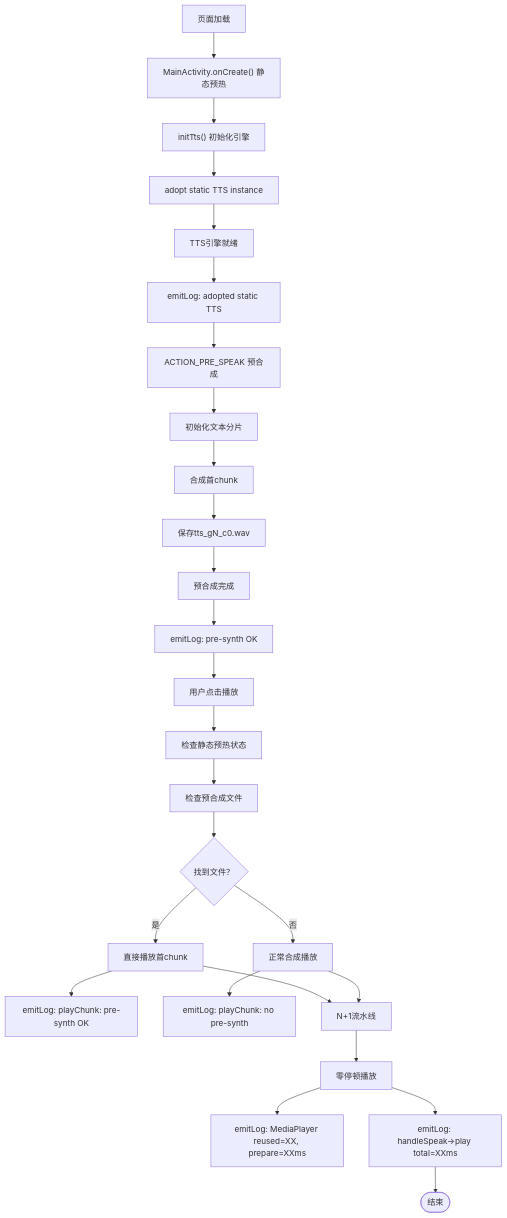
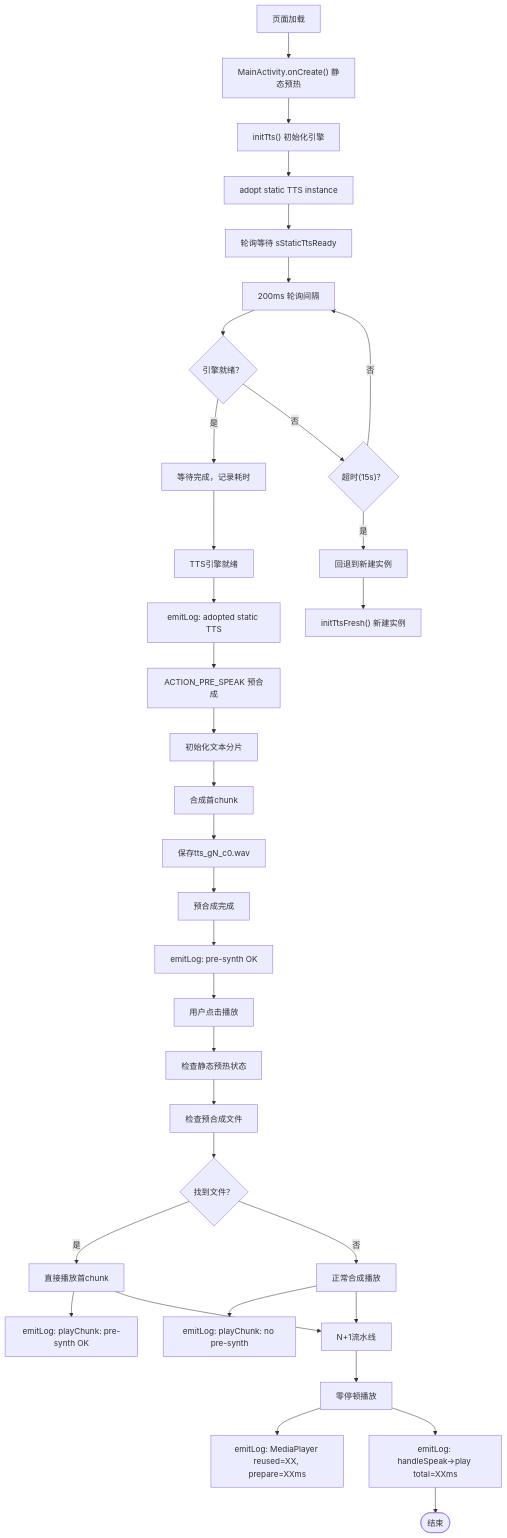
One commit to zhao-zg/cx changed the eighth of 11 diagrams in .qoder/repowiki/zh/content/移动应用开发/移动应用开发.md. Above: the diagram before and after it, drawn with Mermaid. The commit also changed other lines of this file and 44 other files, not shown here.

````diff
--- a/.qoder/repowiki/zh/content/移动应用开发/移动应用开发.md
+++ b/.qoder/repowiki/zh/content/移动应用开发/移动应用开发.md
@@ -448,28 +464,36 @@
 ```mermaid
 flowchart TD
 PageLoad["页面加载"] --> StaticPrewarm["MainActivity.onCreate() 静态预热"]
 StaticPrewarm --> InitTts["initTts() 初始化引擎"]
 InitTts --> AdoptStatic["adopt static TTS instance"]
-AdoptStatic --> Ready["TTS引擎就绪"]
+AdoptStatic --> Polling["轮询等待 sStaticTtsReady"]
+Polling --> Wait200ms["200ms 轮询间隔"]
+Wait200ms --> CheckReady{"引擎就绪？"}
+CheckReady --> |是| Success["等待完成，记录耗时"]
+CheckReady --> |否| Timeout{"超时(15s)？"}
+Timeout --> |否| Wait200ms
+Timeout --> |是| Fallback["回退到新建实例"]
+Success --> Ready["TTS引擎就绪"]
+Fallback --> InitFresh["initTtsFresh() 新建实例"]
 Ready --> PerfLog1["emitLog: adopted static TTS"]
 PerfLog1 --> PreSynth["ACTION_PRE_SPEAK 预合成"]
 PreSynth --> InitChunks["初始化文本分片"]
 InitChunks --> SynthesizeFirst["合成首chunk"]
 SynthesizeFirst --> SaveFile["保存tts_gN_c0.wav"]
 SaveFile --> Ready2["预合成完成"]
 Ready2 --> PerfLog2["emitLog: pre-synth OK"]
 PerfLog2 --> UserClick["用户点击播放"]
 UserClick --> CheckWarmup["检查静态预热状态"]
 CheckWarmup --> CheckPreSynth["检查预合成文件"]
 CheckPreSynth --> HasFile{"找到文件？"}
 HasFile --> |是| DirectPlay["直接播放首chunk"]
 HasFile --> |否| NormalSynth["正常合成播放"]
 DirectPlay --> PerfLog3["emitLog: playChunk: pre-synth OK"]
 NormalSynth --> PerfLog4["emitLog: playChunk: no pre-synth"]
 DirectPlay --> Pipeline["N+1流水线"]
 NormalSynth --> Pipeline
 Pipeline --> ZeroDelay["零停顿播放"]
 ZeroDelay --> PerfLog5["emitLog: MediaPlayer reused=XX, prepare=XXms"]
 ZeroDelay --> TotalTime["emitLog: handleSpeak→play total=XXms"]
 TotalTime --> End(["结束"])
 ```
````
